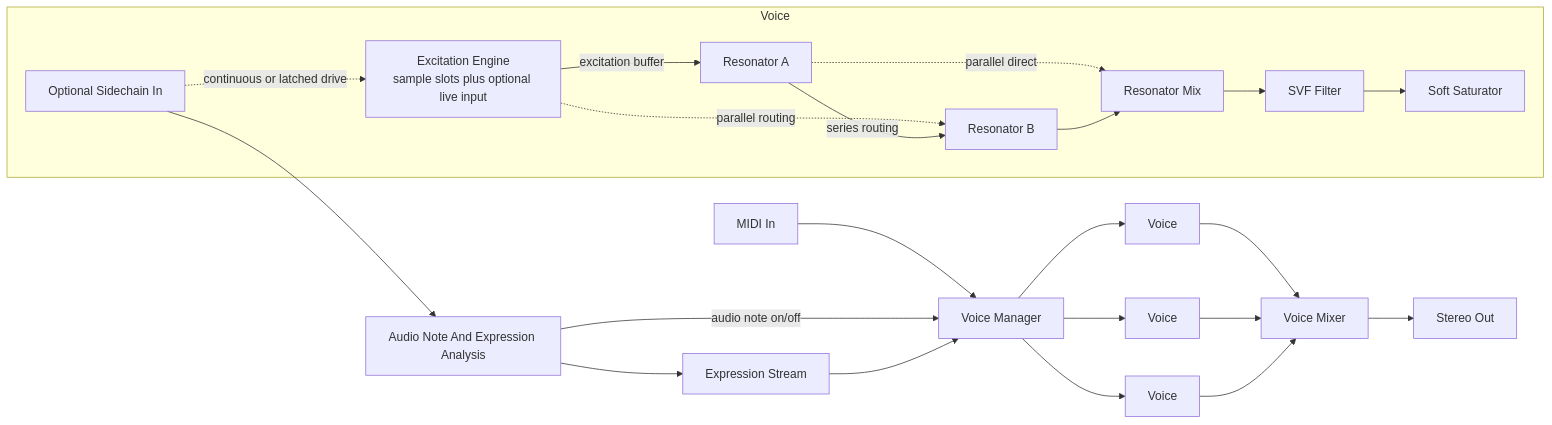
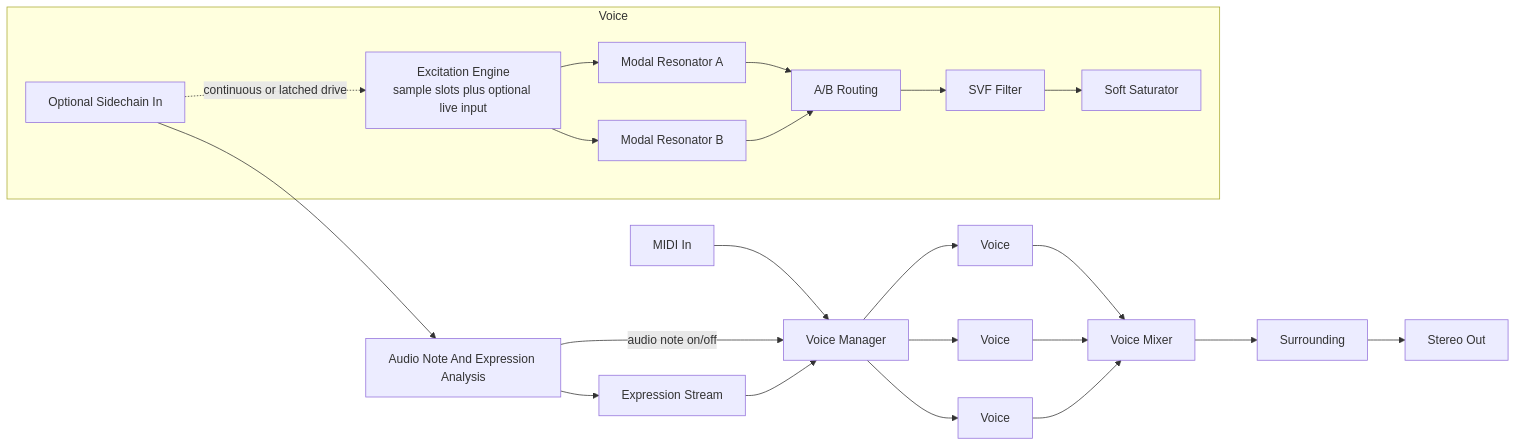
The diagram in docs/plugins/lamath.md (chris-arsenault/lindelion), drawn with Mermaid before and after one commit. The commit also changed other lines of this file and 80 other files, not shown here.

````diff
--- a/docs/plugins/lamath.md
+++ b/docs/plugins/lamath.md
@@ -32,34 +30,35 @@
 ```mermaid
 flowchart LR
     MIDI[MIDI In] --> VM[Voice Manager]
     SIDE[Optional Sidechain In] --> ANALYSIS[Audio Note And Expression Analysis]
     ANALYSIS -->|audio note on/off| VM
     ANALYSIS --> EXP[Expression Stream]
     EXP --> VM
 
     VM --> VA[Voice]
     VM --> VB[Voice]
     VM --> VN[Voice]
 
     subgraph Voice
         EE[Excitation Engine<br/>sample slots plus optional live input]
-        RA[Resonator A]
-        RB[Resonator B]
+        RA[Modal Resonator A]
+        RB[Modal Resonator B]
+        ROUTE[A/B Routing]
         FILT[SVF Filter]
         SAT[Soft Saturator]
 
         SIDE -.->|continuous or latched drive| EE
-        EE -->|excitation buffer| RA
-        EE -.->|parallel routing| RB
-        RA -->|series routing| RB
-        RA -.->|parallel direct| MIX2
-        RB --> MIX2[Resonator Mix]
-        MIX2 --> FILT
+        EE --> RA
+        EE --> RB
+        RA --> ROUTE
+        RB --> ROUTE
+        ROUTE --> FILT
         FILT --> SAT
     end
 
     VA --> MIX[Voice Mixer]
     VB --> MIX
     VN --> MIX
-    MIX --> OUT[Stereo Out]
+    MIX --> SUR[Surrounding]
+    SUR --> OUT[Stereo Out]
 ```
````
